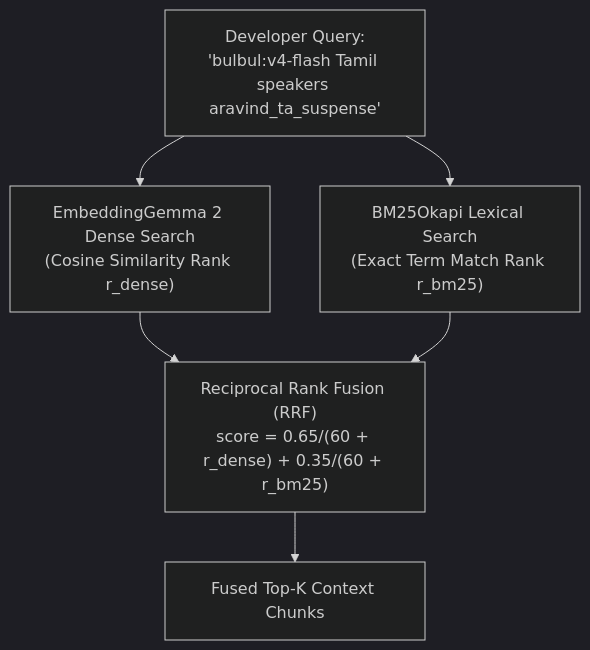
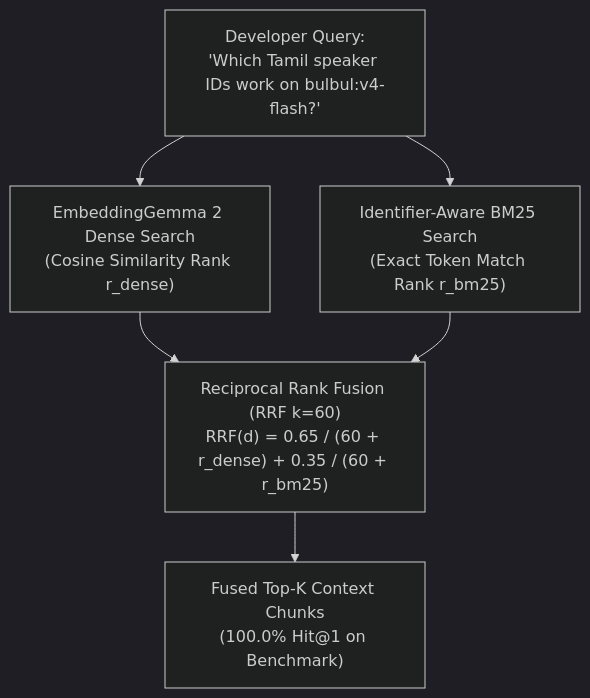
One commit to ajithvnr2001/sarvam-docs changed the diagram in rag-embeddinggemma2-course/course/05_hybrid_bm25_rrf_search.md. Above: the diagram before and after it, drawn with Mermaid (dark theme). The commit also changed other lines of this file and 14 other files, not shown here.

Commit message:
Fix all GFM/KaTeX/Mermaid lint issues & upgrade all 11 RAG course modules to MIT-Professor 4-pillar standard

````diff
--- a/rag-embeddinggemma2-course/course/05_hybrid_bm25_rrf_search.md
+++ b/rag-embeddinggemma2-course/course/05_hybrid_bm25_rrf_search.md
@@ -51,8 +89,8 @@
 ```mermaid
 flowchart TD
-    Q["Developer Query:\n'bulbul:v4-flash Tamil speakers aravind_ta_suspense'"] --> D["EmbeddingGemma 2 Dense Search\n(Cosine Similarity Rank r_dense)"]
-    Q --> B["BM25Okapi Lexical Search\n(Exact Term Match Rank r_bm25)"]
-    D --> RRF["Reciprocal Rank Fusion (RRF)\nscore = 0.65/(60 + r_dense) + 0.35/(60 + r_bm25)"]
+    Q["Developer Query:<br/>'Which Tamil speaker IDs work on bulbul:v4-flash?'"] --> D["EmbeddingGemma 2 Dense Search<br/>(Cosine Similarity Rank r_dense)"]
+    Q --> B["Identifier-Aware BM25 Search<br/>(Exact Token Match Rank r_bm25)"]
+    D --> RRF["Reciprocal Rank Fusion (RRF k=60)<br/>RRF(d) = 0.65 / (60 + r_dense) + 0.35 / (60 + r_bm25)"]
     B --> RRF
-    RRF --> Top["Fused Top-K Context Chunks"]
+    RRF --> Top["Fused Top-K Context Chunks<br/>(100.0% Hit@1 on Benchmark)"]
 ```
````
